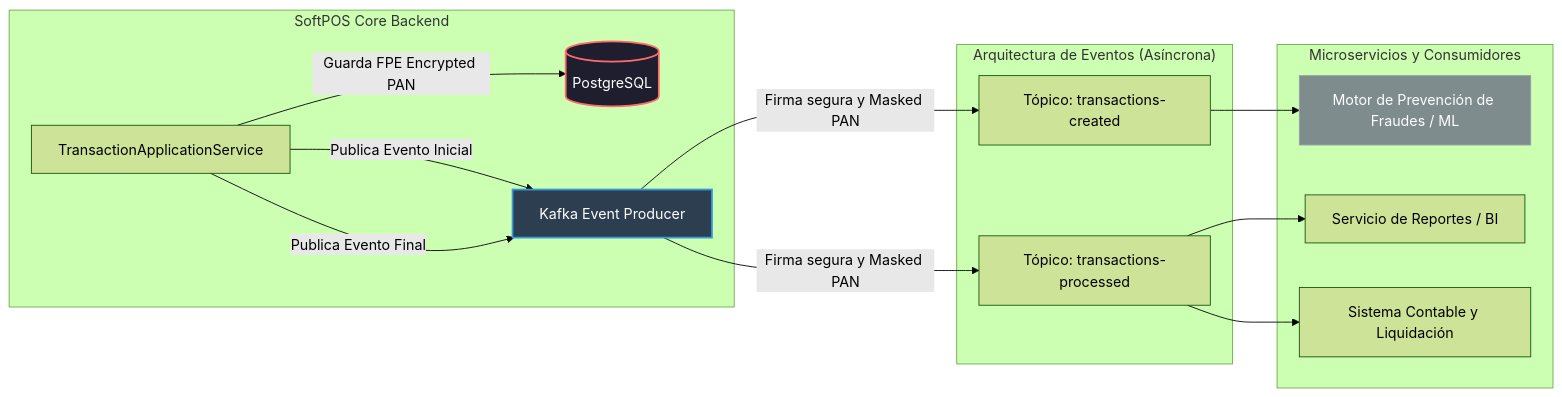
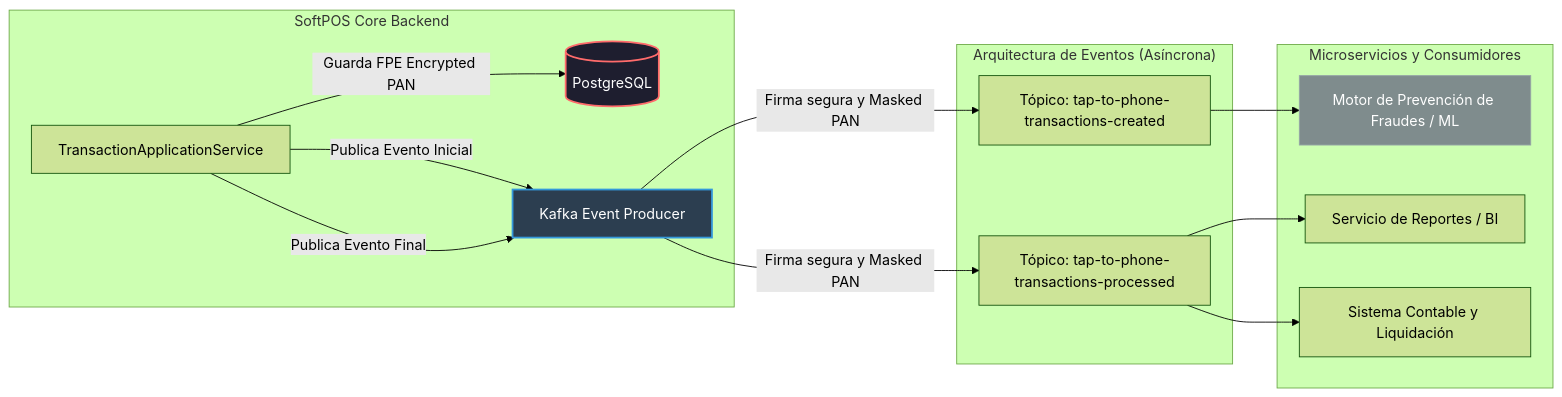
One commit to dannysenju/taptotphone changed the fourth of 4 diagrams in docs/02_real_world_flow.md. Above: the diagram before and after it, drawn with Mermaid (forest theme). The commit also changed other lines of this file, not shown here.

````diff
--- a/docs/02_real_world_flow.md
+++ b/docs/02_real_world_flow.md
@@ -131,35 +134,35 @@
 ```mermaid
 graph LR
     subgraph CoreBackend ["SoftPOS Core Backend"]
         Core[TransactionApplicationService]
         DB[(PostgreSQL)]
         Kafka[Kafka Event Producer]
     end
 
     subgraph AsyncEvents ["Arquitectura de Eventos (Asíncrona)"]
-        TopicCreated[Tópico: transactions-created]
-        TopicProcessed[Tópico: transactions-processed]
+        TopicCreated[Tópico: tap-to-phone-transactions-created]
+        TopicProcessed[Tópico: tap-to-phone-transactions-processed]
     end
 
     subgraph Microservices ["Microservicios y Consumidores"]
         ReportService[Servicio de Reportes / BI]
         FraudService[Motor de Prevención de Fraudes / ML]
         Accounting[Sistema Contable y Liquidación]
     end
 
     %% Flujos de escritura y publicación
     Core -->|Guarda FPE Encrypted PAN| DB
     Core -->|Publica Evento Inicial| Kafka
     Kafka -->|Firma segura y Masked PAN| TopicCreated
     Core -->|Publica Evento Final| Kafka
     Kafka -->|Firma segura y Masked PAN| TopicProcessed
 
     %% Consumidores
     TopicCreated --> FraudService
     TopicProcessed --> ReportService
     TopicProcessed --> Accounting
 
     style DB fill:#1e1e2f,stroke:#ff6b6b,stroke-width:2px,color:#fff
     style Kafka fill:#2c3e50,stroke:#3498db,stroke-width:2px,color:#fff
     style FraudService fill:#7f8c8d,stroke:#95a5a6,stroke-width:1px,color:#fff
 ```
````
